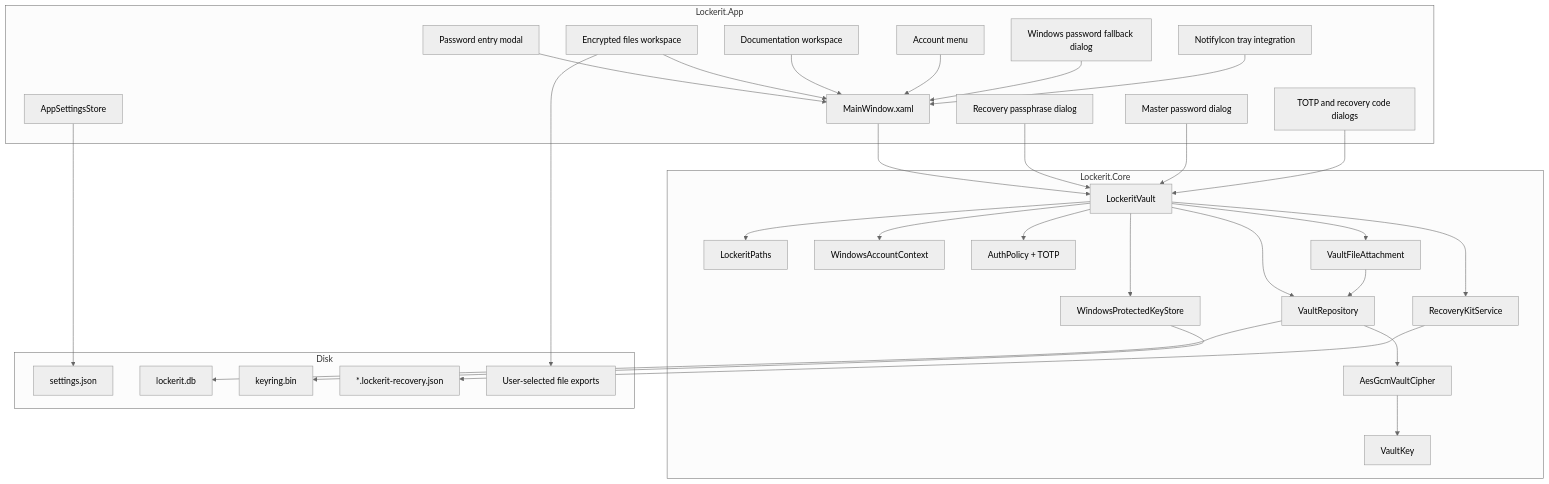
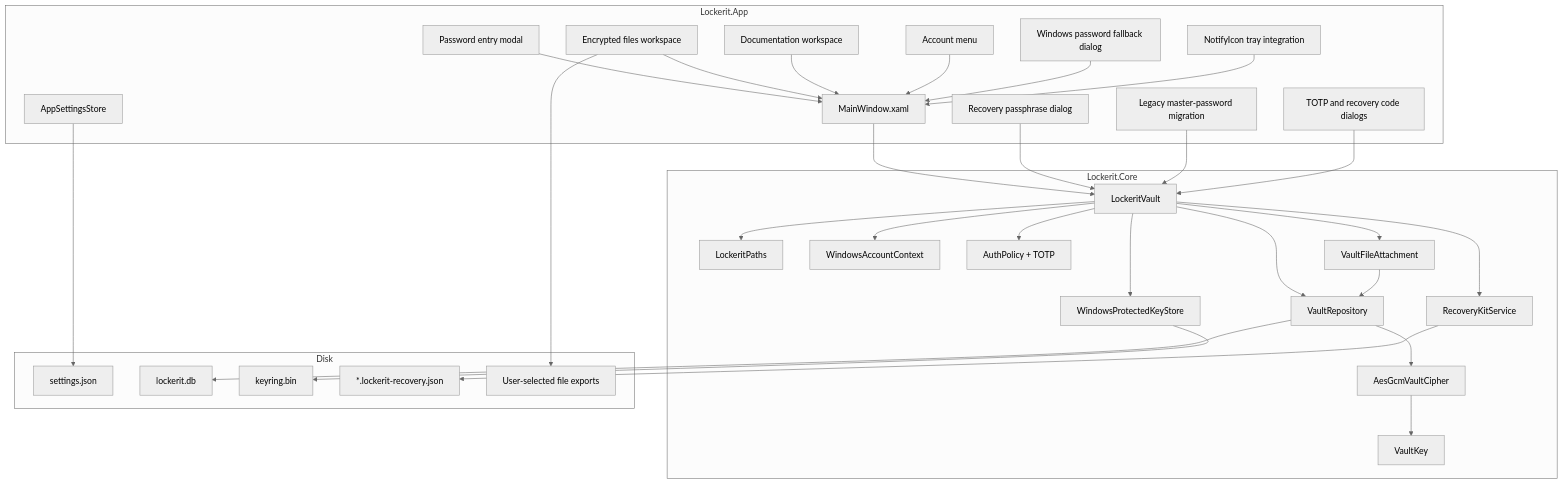
Before and after one commit to viamus/locker-it: the first of 2 diagrams in .docs/architecture.md, drawn with Mermaid (neutral theme). The commit also changed other lines of this file and 11 other files, not shown here.

````diff
--- a/.docs/architecture.md
+++ b/.docs/architecture.md
@@ -16,63 +16,63 @@
 ```mermaid
 flowchart TB
     subgraph App["Lockerit.App"]
         MainWindow["MainWindow.xaml"]
         AccountMenu["Account menu"]
         EntryModal["Password entry modal"]
         FilesView["Encrypted files workspace"]
         DocumentationView["Documentation workspace"]
         RecoveryDialog["Recovery passphrase dialog"]
-        MasterDialog["Master password dialog"]
+        LegacyMaster["Legacy master-password migration"]
         TotpDialogs["TOTP and recovery code dialogs"]
         WindowsDialog["Windows password fallback dialog"]
         Tray["NotifyIcon tray integration"]
         AppSettings["AppSettingsStore"]
     end
 
     subgraph Core["Lockerit.Core"]
         Facade["LockeritVault"]
         Paths["LockeritPaths"]
         Repository["VaultRepository"]
         Cipher["AesGcmVaultCipher"]
         VaultKey["VaultKey"]
         KeyStore["WindowsProtectedKeyStore"]
         Account["WindowsAccountContext"]
         Recovery["RecoveryKitService"]
         AuthPolicy["AuthPolicy + TOTP"]
         FileModel["VaultFileAttachment"]
     end
 
     subgraph Disk["Disk"]
         SettingsFile["settings.json"]
         Database["lockerit.db"]
         Keyring["keyring.bin"]
         RecoveryKit["*.lockerit-recovery.json"]
         ExportedFiles["User-selected file exports"]
     end
 
     MainWindow --> Facade
     EntryModal --> MainWindow
     FilesView --> MainWindow
     DocumentationView --> MainWindow
     AccountMenu --> MainWindow
     RecoveryDialog --> Facade
-    MasterDialog --> Facade
+    LegacyMaster --> Facade
     TotpDialogs --> Facade
     WindowsDialog --> MainWindow
     Tray --> MainWindow
     AppSettings --> SettingsFile
     Facade --> Paths
     Facade --> Repository
     Facade --> KeyStore
     Facade --> Recovery
     Facade --> AuthPolicy
     Facade --> FileModel
     Facade --> Account
     Repository --> Cipher
     Repository --> Database
     Cipher --> VaultKey
     KeyStore --> Keyring
     Recovery --> RecoveryKit
     FileModel --> Repository
     FilesView --> ExportedFiles
 ```
````
